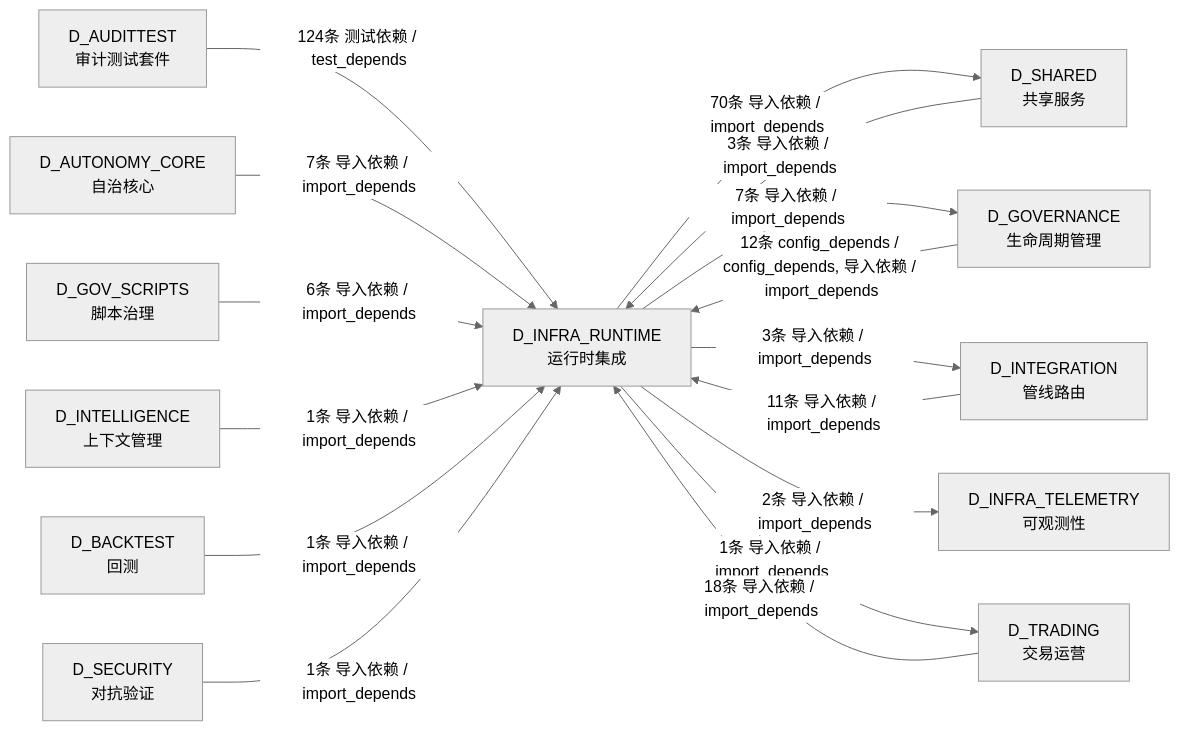
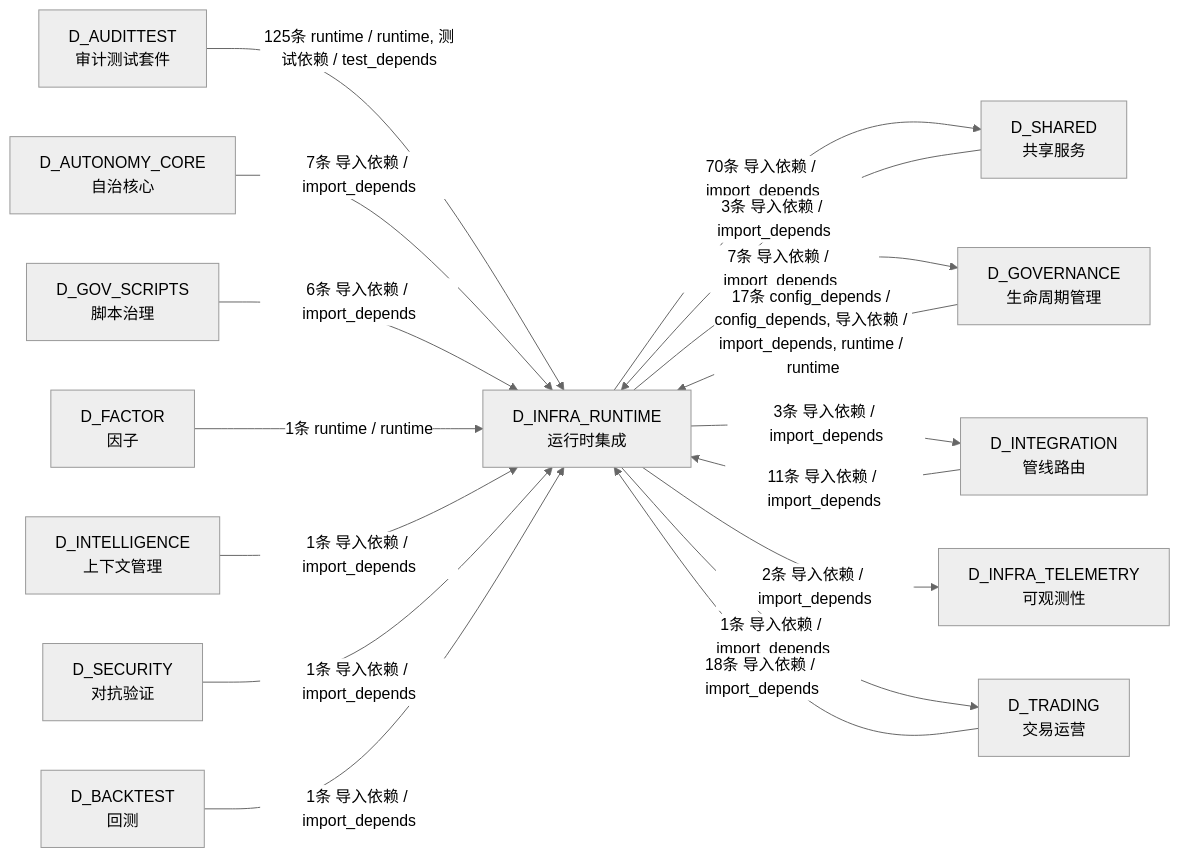
Before and after one commit to xuanFelixVan/ZephyrAlpha: the eighth of 8 diagrams in docs/02_enterprise_architecture/02_domain_architecture_docs/04_d_infra_runtime.md, drawn with Mermaid (neutral theme). The commit also changed other lines of this file and 99 other files, not shown here.

````diff
--- a/docs/02_enterprise_architecture/02_domain_architecture_docs/04_d_infra_runtime.md
+++ b/docs/02_enterprise_architecture/02_domain_architecture_docs/04_d_infra_runtime.md
@@ -1254,30 +1266,32 @@
 ```mermaid
 graph LR
     D_INFRA_RUNTIME["D_INFRA_RUNTIME<br/>运行时集成"]
     D_SHARED["D_SHARED<br/>共享服务"]
     D_GOVERNANCE["D_GOVERNANCE<br/>生命周期管理"]
     D_INTEGRATION["D_INTEGRATION<br/>管线路由"]
     D_INFRA_TELEMETRY["D_INFRA_TELEMETRY<br/>可观测性"]
     D_TRADING["D_TRADING<br/>交易运营"]
     D_AUDITTEST["D_AUDITTEST<br/>审计测试套件"]
     D_AUTONOMY_CORE["D_AUTONOMY_CORE<br/>自治核心"]
     D_GOV_SCRIPTS["D_GOV_SCRIPTS<br/>脚本治理"]
+    D_FACTOR["D_FACTOR<br/>因子"]
     D_INTELLIGENCE["D_INTELLIGENCE<br/>上下文管理"]
+    D_SECURITY["D_SECURITY<br/>对抗验证"]
     D_BACKTEST["D_BACKTEST<br/>回测"]
-    D_SECURITY["D_SECURITY<br/>对抗验证"]
     D_INFRA_RUNTIME -->|70条 导入依赖 / import_depends| D_SHARED
     D_INFRA_RUNTIME -->|7条 导入依赖 / import_depends| D_GOVERNANCE
     D_INFRA_RUNTIME -->|3条 导入依赖 / import_depends| D_INTEGRATION
     D_INFRA_RUNTIME -->|2条 导入依赖 / import_depends| D_INFRA_TELEMETRY
     D_INFRA_RUNTIME -->|1条 导入依赖 / import_depends| D_TRADING
-    D_AUDITTEST -->|124条 测试依赖 / test_depends| D_INFRA_RUNTIME
+    D_AUDITTEST -->|125条 runtime / runtime, 测试依赖 / test_depends| D_INFRA_RUNTIME
     D_TRADING -->|18条 导入依赖 / import_depends| D_INFRA_RUNTIME
-    D_GOVERNANCE -->|12条 config_depends / config_depends, 导入依赖 / import_depends| D_INFRA_RUNTIME
+    D_GOVERNANCE -->|17条 config_depends / config_depends, 导入依赖 / import_depends, runtime / runtime| D_INFRA_RUNTIME
     D_INTEGRATION -->|11条 导入依赖 / import_depends| D_INFRA_RUNTIME
     D_AUTONOMY_CORE -->|7条 导入依赖 / import_depends| D_INFRA_RUNTIME
     D_GOV_SCRIPTS -->|6条 导入依赖 / import_depends| D_INFRA_RUNTIME
     D_SHARED -->|3条 导入依赖 / import_depends| D_INFRA_RUNTIME
+    D_FACTOR -->|1条 runtime / runtime| D_INFRA_RUNTIME
     D_INTELLIGENCE -->|1条 导入依赖 / import_depends| D_INFRA_RUNTIME
+    D_SECURITY -->|1条 导入依赖 / import_depends| D_INFRA_RUNTIME
     D_BACKTEST -->|1条 导入依赖 / import_depends| D_INFRA_RUNTIME
-    D_SECURITY -->|1条 导入依赖 / import_depends| D_INFRA_RUNTIME
 ```
````
